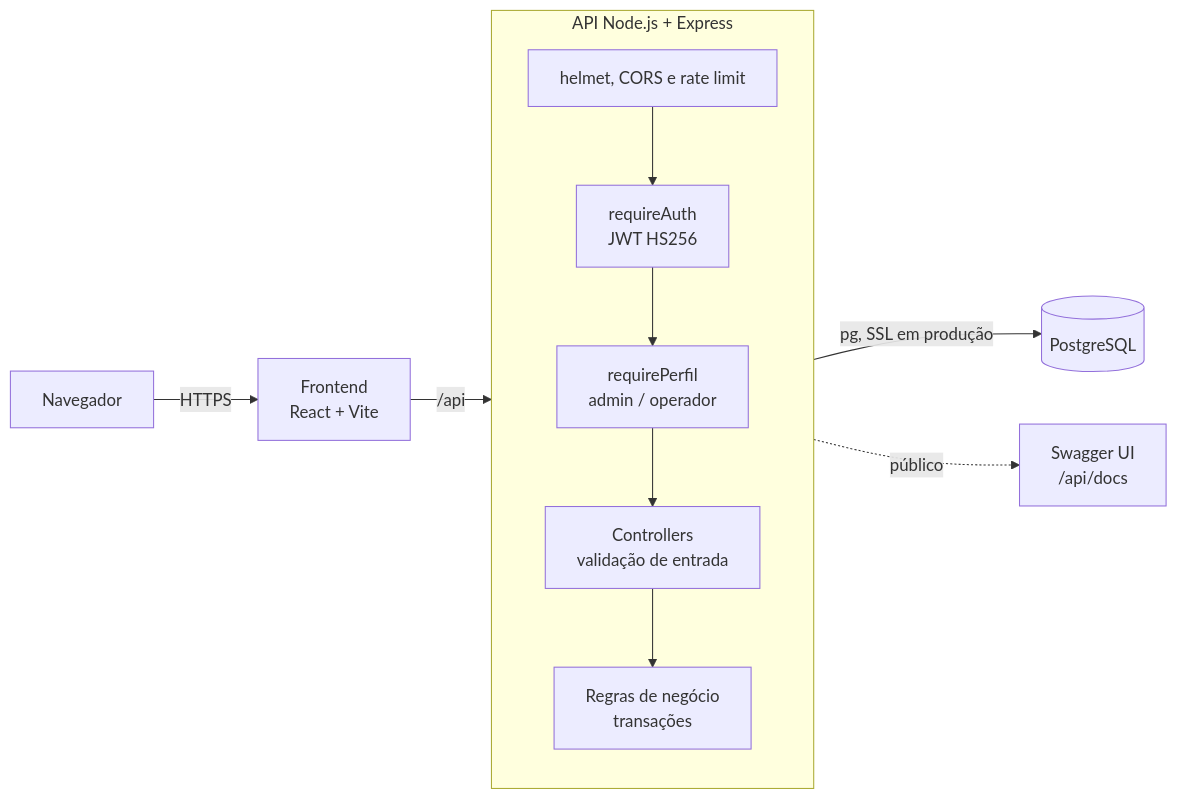
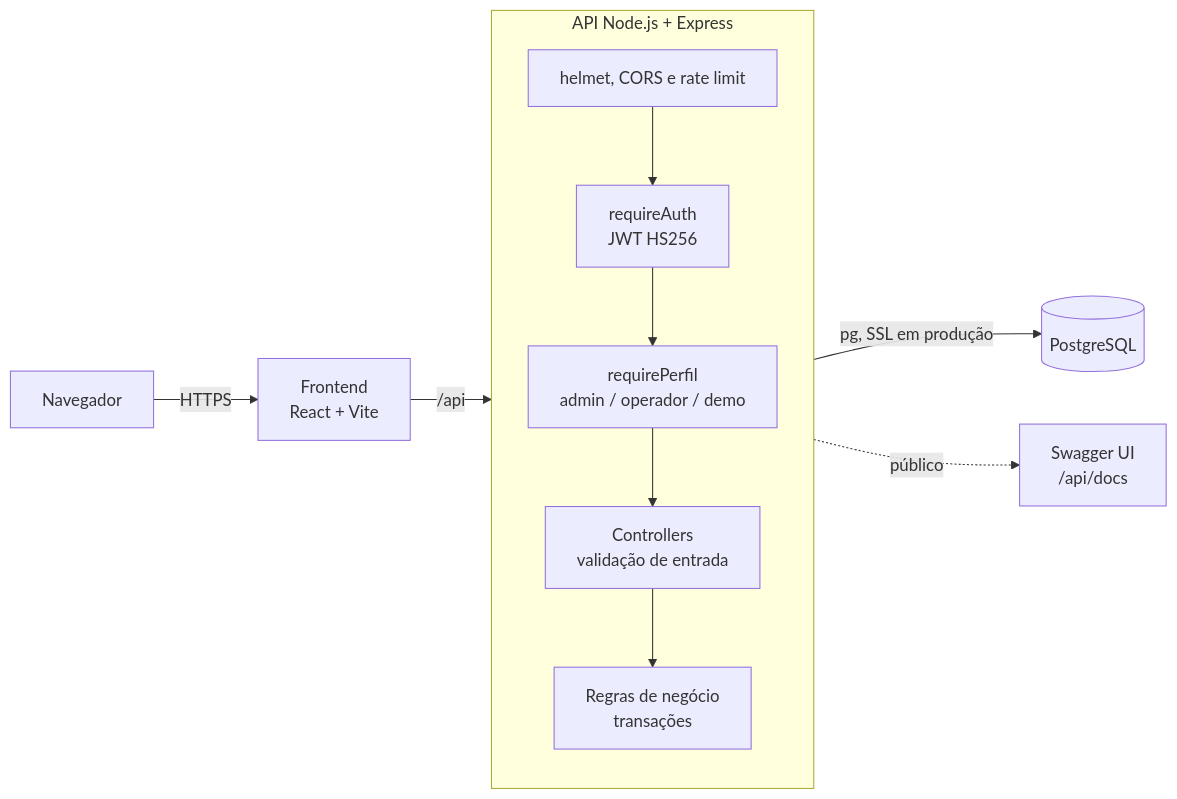
One commit to MatheusAnsel/syre changed the first of 3 diagrams in README.md. Above: the diagram before and after it, drawn with Mermaid. The commit also changed other lines of this file and 18 other files, not shown here.

````diff
--- a/README.md
+++ b/README.md
@@ -58,16 +58,16 @@
 ```mermaid
 flowchart LR
     U[Navegador] -->|HTTPS| F[Frontend<br/>React + Vite]
     F -->|/api| A
 
     subgraph API [API Node.js + Express]
         direction TB
         A[helmet, CORS e rate limit] --> R[requireAuth<br/>JWT HS256]
-        R --> P[requirePerfil<br/>admin / operador]
+        R --> P[requirePerfil<br/>admin / operador / demo]
         P --> C[Controllers<br/>validação de entrada]
         C --> S[Regras de negócio<br/>transações]
     end
 
     S -->|pg, SSL em produção| D[(PostgreSQL)]
     A -.->|público| DOC[Swagger UI<br/>/api/docs]
 ```
````
